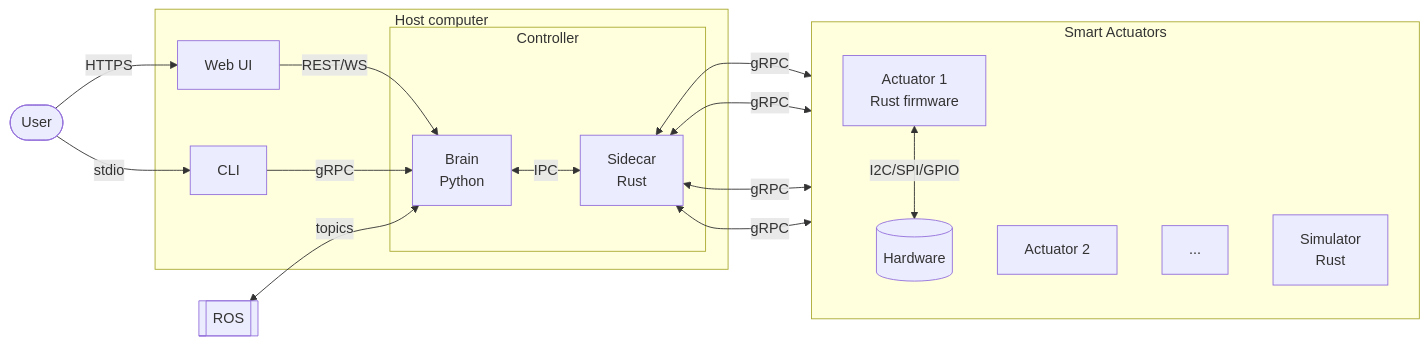
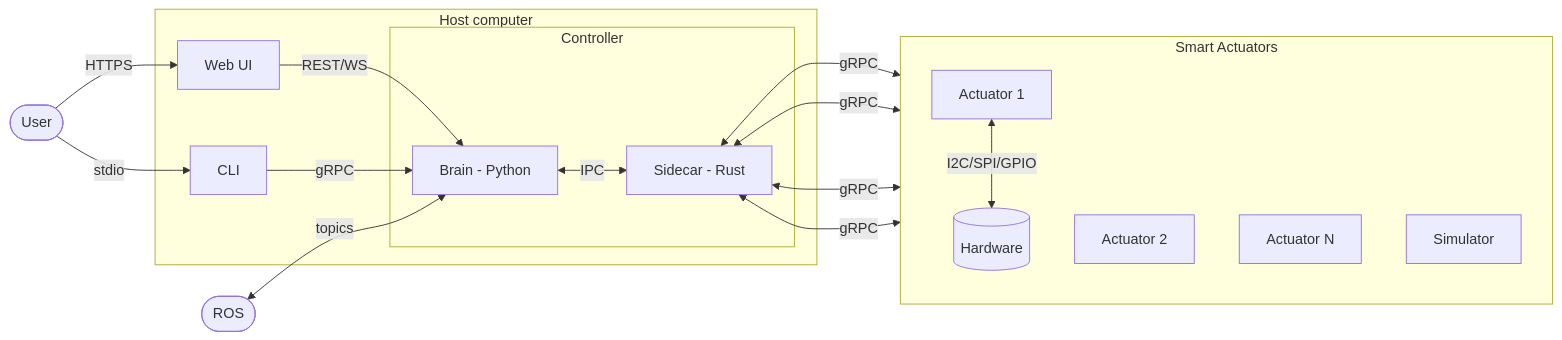
Before and after one commit to ambientlabscomputing/smart-actuator: the diagram in RFDs/RFD-3.md, drawn with Mermaid. The commit also changed 4 other files, not shown here.

````diff
--- a/RFDs/RFD-3.md
+++ b/RFDs/RFD-3.md
@@ -5,37 +5,37 @@
 ```mermaid
 flowchart LR
     U([User])
-    ROS[[ROS]]
+    ROS([ROS])
 
     subgraph Host[Host computer]
         WUI[Web UI]
         CLI[CLI]
         subgraph CTRL[Controller]
-            BRAIN[Brain<br/>Python]
-            SIDE[Sidecar<br/>Rust]
+            BRAIN[Brain - Python]
+            SIDE[Sidecar - Rust]
         end
     end
 
     subgraph Actuators[Smart Actuators]
         direction TB
-        SA1[Actuator 1<br/>Rust firmware]
+        SA1[Actuator 1]
         SA2[Actuator 2]
-        SAN[...]
-        SIM[Simulator<br/>Rust]
+        SAN[Actuator N]
+        SIM[Simulator]
         HW[(Hardware)]
     end
 
     U -->|HTTPS| WUI
     U -->|stdio| CLI
     WUI -->|REST/WS| BRAIN
     CLI -->|gRPC| BRAIN
     ROS <-->|topics| BRAIN
 
     BRAIN <-->|IPC| SIDE
     SIDE <-->|gRPC| SA1
     SIDE <-->|gRPC| SA2
     SIDE <-->|gRPC| SAN
     SIDE <-->|gRPC| SIM
 
     SA1 <-->|I2C/SPI/GPIO| HW
 ```
````
